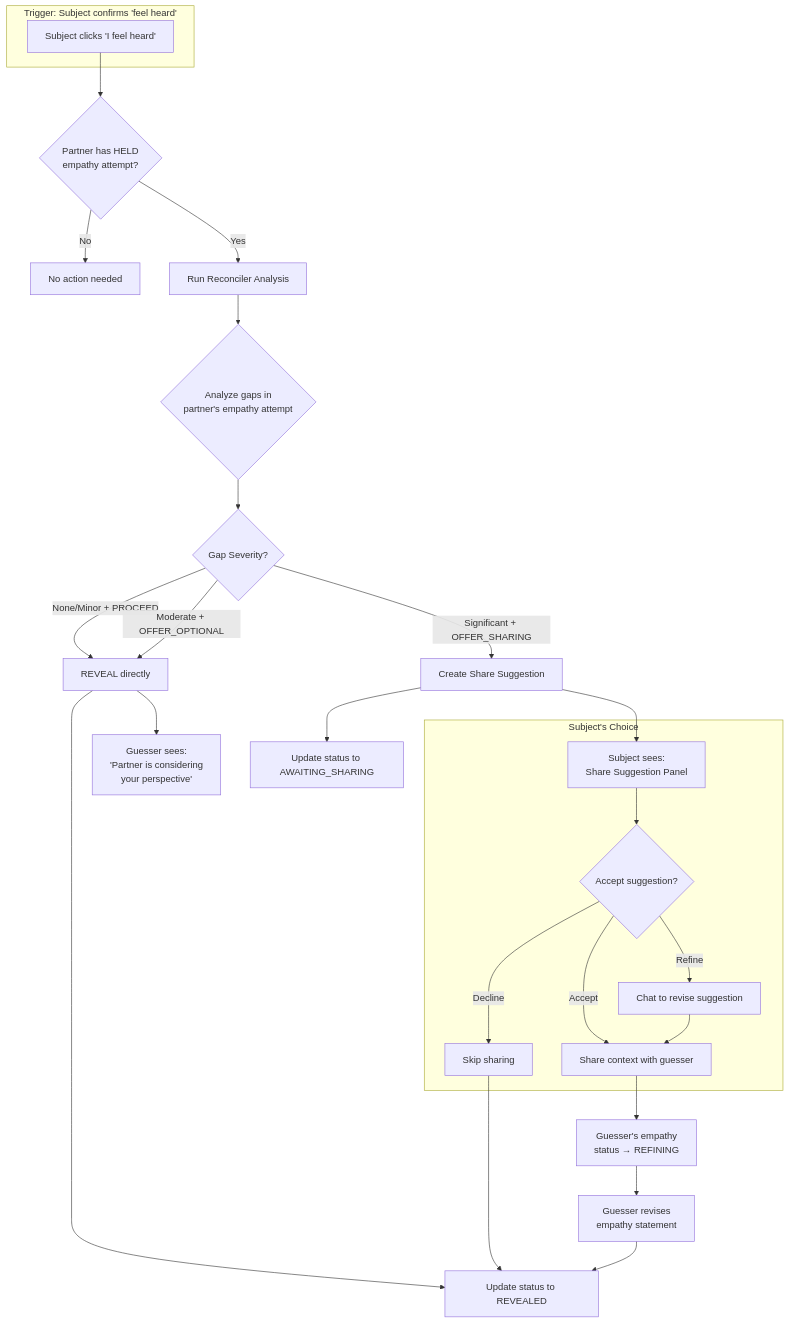
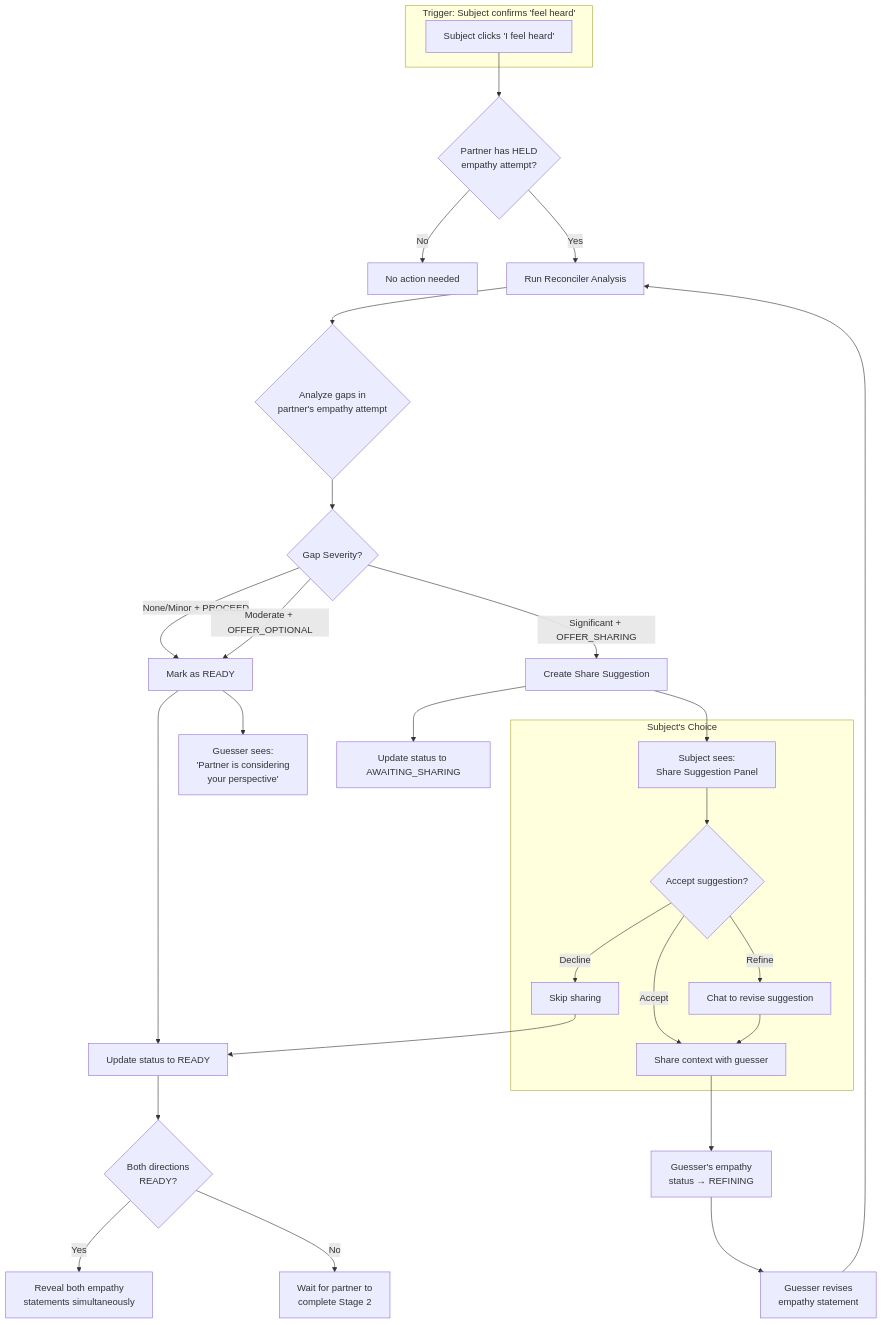
The third of 8 diagrams in docs/user-flows/stage2-empathy-flow.md (shantamg/meet-without-fear), drawn with Mermaid before and after one commit. The commit also changed other lines of this file and 6 other files, not shown here.

First line of the commit message:
feat(reconciler): add READY status for mutual empathy reveal

````diff
--- a/docs/user-flows/stage2-empathy-flow.md
+++ b/docs/user-flows/stage2-empathy-flow.md
@@ -65,38 +69,41 @@
 ```mermaid
 flowchart TB
     subgraph Trigger["Trigger: Subject confirms 'feel heard'"]
         A["Subject clicks 'I feel heard'"]
     end
 
     A --> B{Partner has HELD<br/>empathy attempt?}
     B -->|No| C[No action needed]
     B -->|Yes| D[Run Reconciler Analysis]
 
     D --> E{Analyze gaps in<br/>partner's empathy attempt}
 
     E --> F{Gap Severity?}
 
-    F -->|None/Minor + PROCEED| G[REVEAL directly]
+    F -->|None/Minor + PROCEED| G[Mark as READY]
     F -->|Moderate + OFFER_OPTIONAL| G
     F -->|Significant + OFFER_SHARING| H[Create Share Suggestion]
 
     G --> I["Guesser sees:<br/>'Partner is considering<br/>your perspective'"]
-    G --> J[Update status to REVEALED]
+    G --> J[Update status to READY]
+    J --> CHECK{Both directions<br/>READY?}
+    CHECK -->|Yes| REVEAL[Reveal both empathy<br/>statements simultaneously]
+    CHECK -->|No| WAIT[Wait for partner to<br/>complete Stage 2]
 
     H --> K[Subject sees:<br/>Share Suggestion Panel]
     H --> L[Update status to AWAITING_SHARING]
 
     subgraph SubjectChoice["Subject's Choice"]
         K --> M{Accept suggestion?}
         M -->|Accept| N[Share context with guesser]
         M -->|Refine| O[Chat to revise suggestion]
         M -->|Decline| P[Skip sharing]
     end
 
     N --> Q[Guesser's empathy<br/>status → REFINING]
     O --> N
     P --> J
 
     Q --> R[Guesser revises<br/>empathy statement]
-    R --> J
+    R --> D
 ```
````
